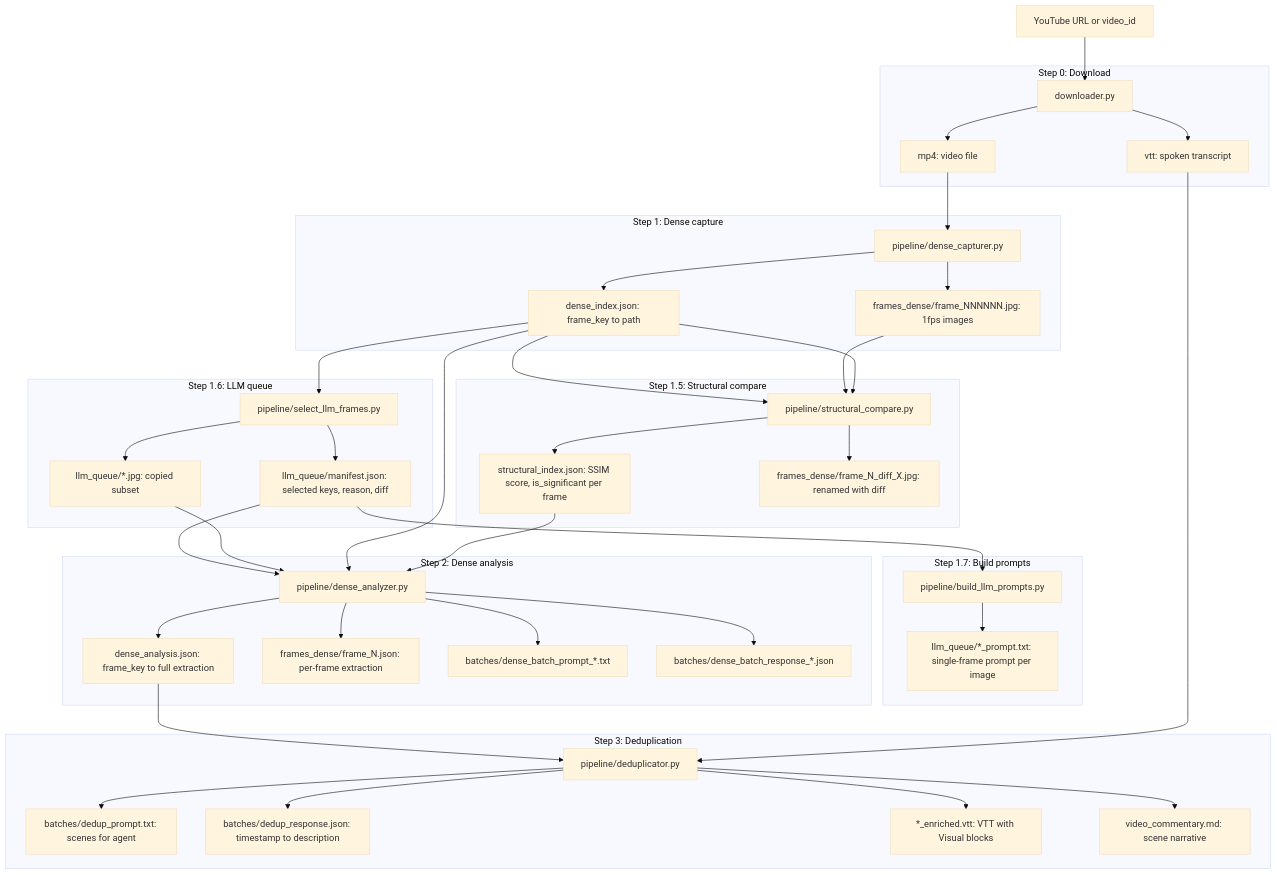
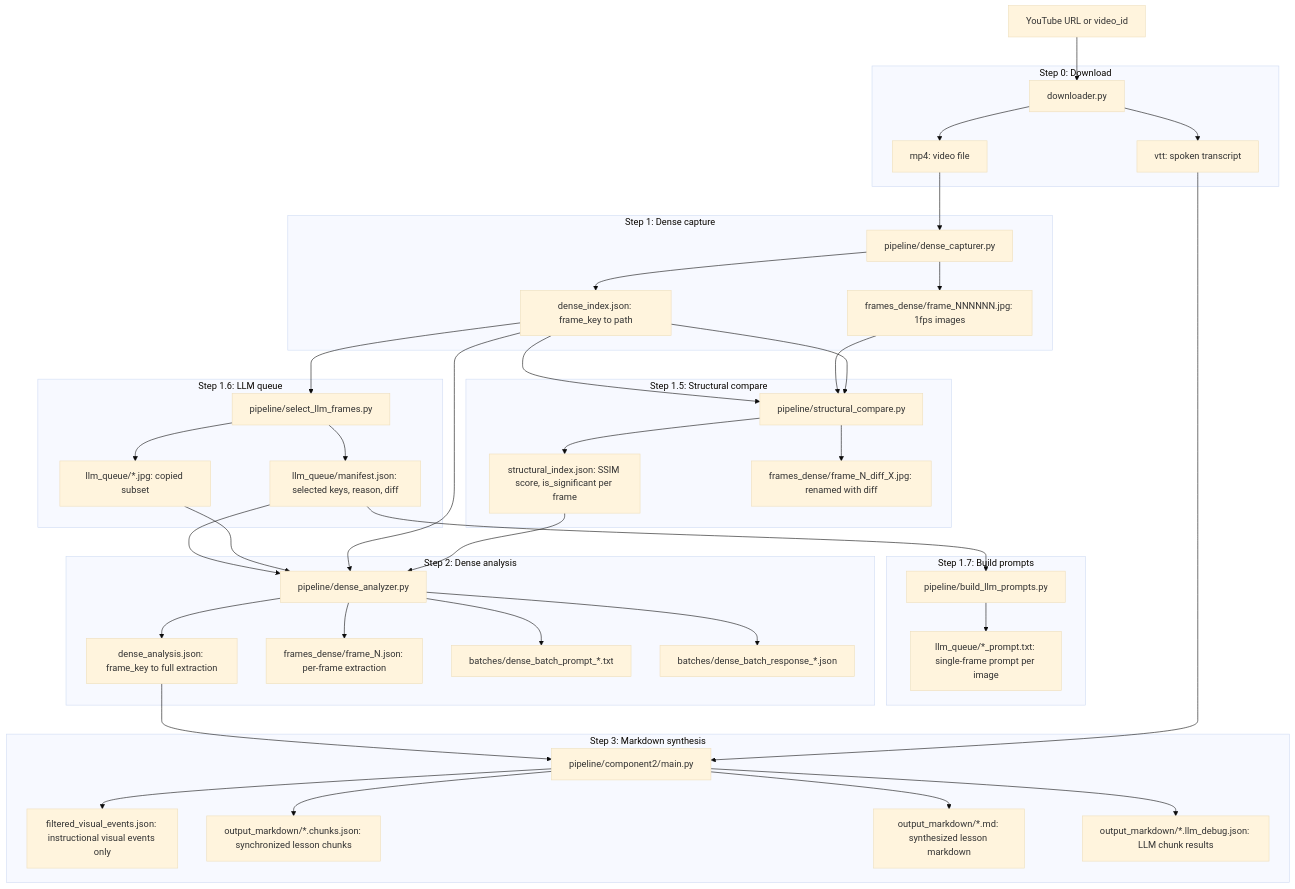
Before and after one commit to PirogovClub/tim-class-pass: the diagram in docs/pipeline.md, drawn with Mermaid (base theme). The commit also changed other lines of this file and 19 other files, not shown here.

Commit message:
docs: Revise README and related documentation to reflect the updated main pipeline structure, replacing the dense enrichment pipeline with a streamlined markdown synthesis process, and clarify usage instructions for the new Component 2 and Step 3 integration.

````diff
--- a/docs/pipeline.md
+++ b/docs/pipeline.md
@@ -120,15 +118,15 @@
   F_dense_analysis --> Step3
   F_vtt --> Step3
 
-  subgraph step3 [Step 3: Deduplication]
-    Step3[pipeline/deduplicator.py]
-    F_dedup_prompt["batches/dedup_prompt.txt: scenes for agent"]
-    F_dedup_response["batches/dedup_response.json: timestamp to description"]
-    F_enriched["*_enriched.vtt: VTT with Visual blocks"]
-    F_commentary["video_commentary.md: scene narrative"]
-    Step3 --> F_dedup_prompt
-    Step3 --> F_dedup_response
-    Step3 --> F_enriched
-    Step3 --> F_commentary
+  subgraph step3 [Step 3: Markdown synthesis]
+    Step3[pipeline/component2/main.py]
+    F_filtered["filtered_visual_events.json: instructional visual events only"]
+    F_chunks["output_markdown/*.chunks.json: synchronized lesson chunks"]
+    F_markdown["output_markdown/*.md: synthesized lesson markdown"]
+    F_llm_debug["output_markdown/*.llm_debug.json: LLM chunk results"]
+    Step3 --> F_filtered
+    Step3 --> F_chunks
+    Step3 --> F_markdown
+    Step3 --> F_llm_debug
   end
 ```
````
